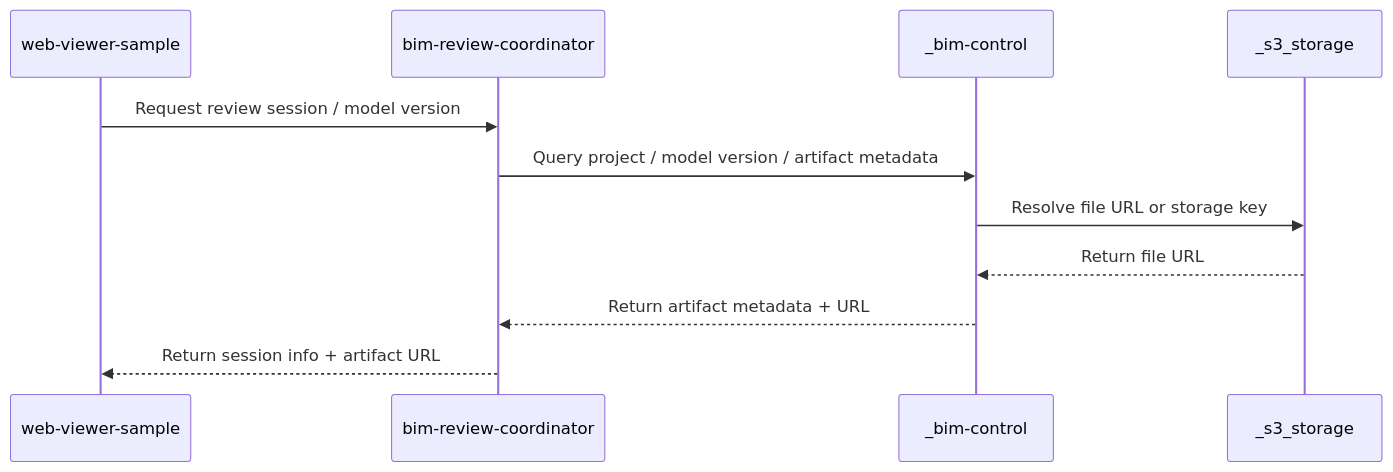
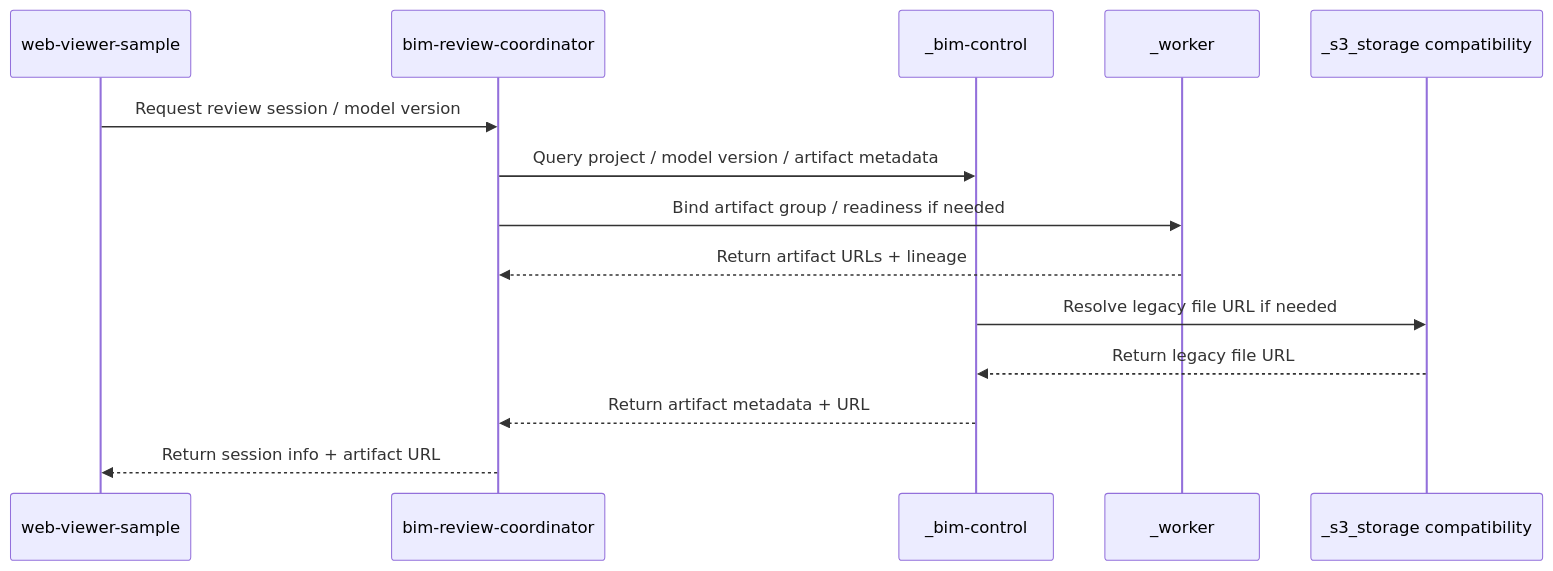
The second of 6 diagrams in AGENTS.md (monkey1sai/AI-BIM-governance), drawn with Mermaid before and after one commit. The commit also changed other lines of this file and 95 other files, not shown here.

````diff
--- a/AGENTS.md
+++ b/AGENTS.md
@@ -454,14 +524,17 @@
 ```mermaid
 sequenceDiagram
     participant WV as web-viewer-sample
     participant CO as bim-review-coordinator
     participant BC as _bim-control
-    participant S3 as _s3_storage
+    participant WK as _worker
+    participant S3 as _s3_storage compatibility
 
     WV->>CO: Request review session / model version
     CO->>BC: Query project / model version / artifact metadata
-    BC->>S3: Resolve file URL or storage key
-    S3-->>BC: Return file URL
+    CO->>WK: Bind artifact group / readiness if needed
+    WK-->>CO: Return artifact URLs + lineage
+    BC->>S3: Resolve legacy file URL if needed
+    S3-->>BC: Return legacy file URL
     BC-->>CO: Return artifact metadata + URL
     CO-->>WV: Return session info + artifact URL
 ```
````
